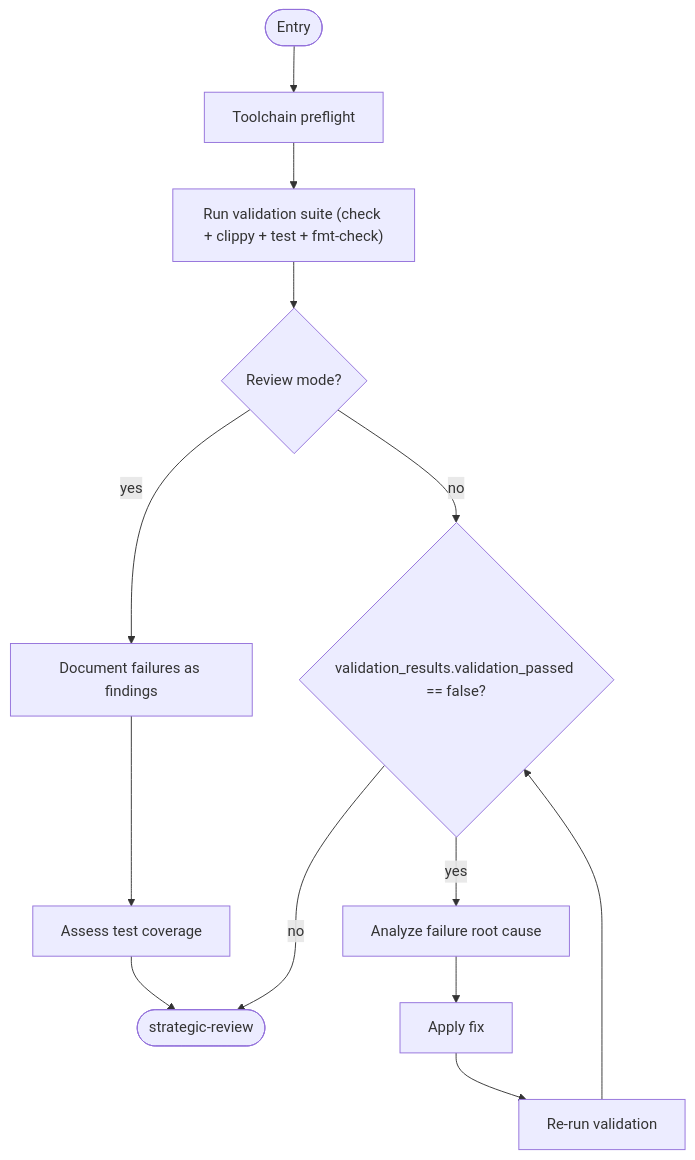
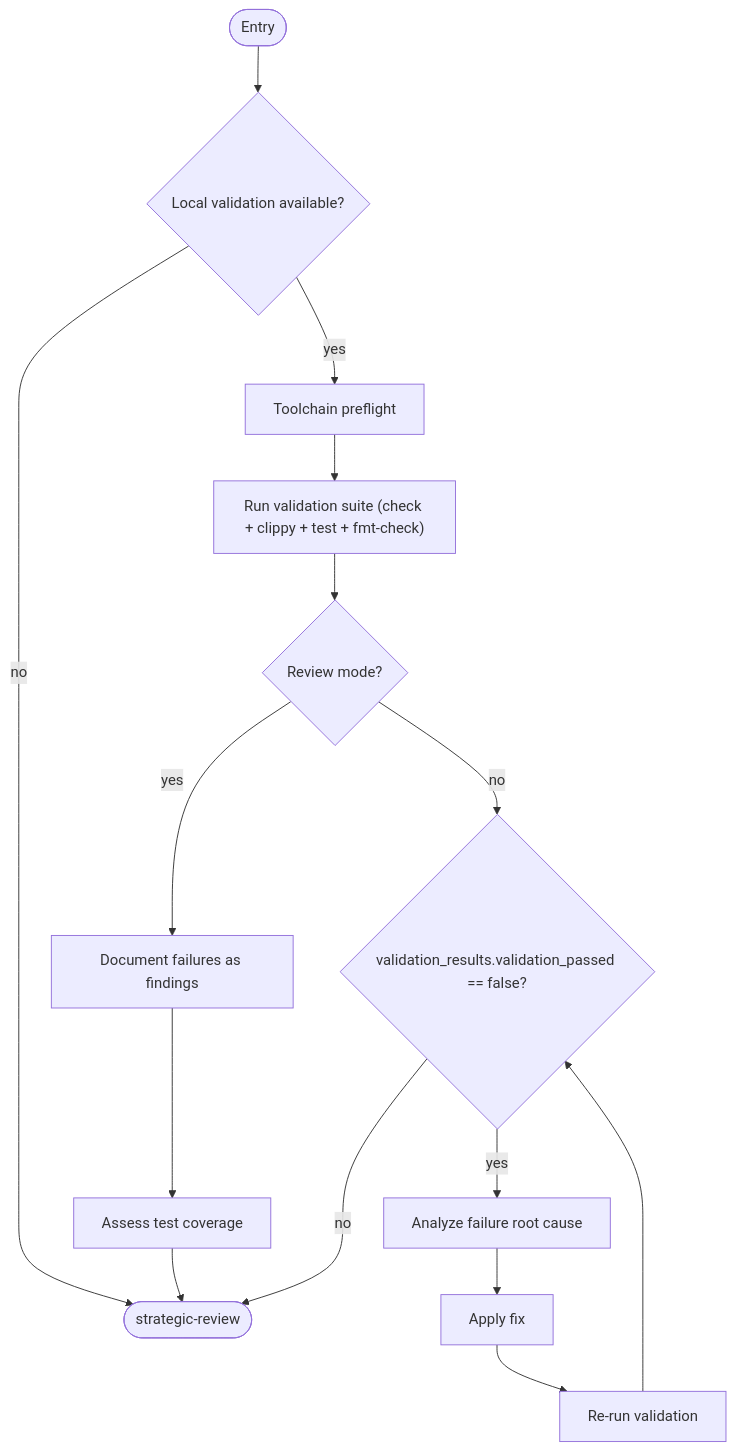
One commit to m2ux/workflow-server changed diagram 12 of 15 in work-package/activities/README.md. Above: the diagram before and after it, drawn with Mermaid. The commit also changed other lines of this file and 233 other files, not shown here.

````diff
--- a/work-package/activities/README.md
+++ b/work-package/activities/README.md
@@ -357,15 +357,17 @@
 ```mermaid
 graph TD
-    entryNode(["Entry"]) --> preflight["Toolchain preflight"]
+    entryNode(["Entry"]) --> localGate{"Local validation available?"}
+    localGate -->|"no"| exitNode(["strategic-review"])
+    localGate -->|"yes"| preflight["Toolchain preflight"]
     preflight --> runSuite["Run validation suite (check + clippy + test + fmt-check)"]
     runSuite --> reviewMode{"Review mode?"}
     reviewMode -->|"yes"| documentFailures["Document failures as findings"]
     documentFailures --> assessCoverage["Assess test coverage"]
-    assessCoverage --> exitNode(["strategic-review"])
+    assessCoverage --> exitNode
     reviewMode -->|"no"| fixBranch{"validation_results.validation_passed == false?"}
     fixBranch -->|"no"| exitNode
     fixBranch -->|"yes"| analyzeFailure["Analyze failure root cause"]
     analyzeFailure --> applyFix["Apply fix"]
     applyFix --> revalidate["Re-run validation"]
     revalidate --> fixBranch
 ```
````
